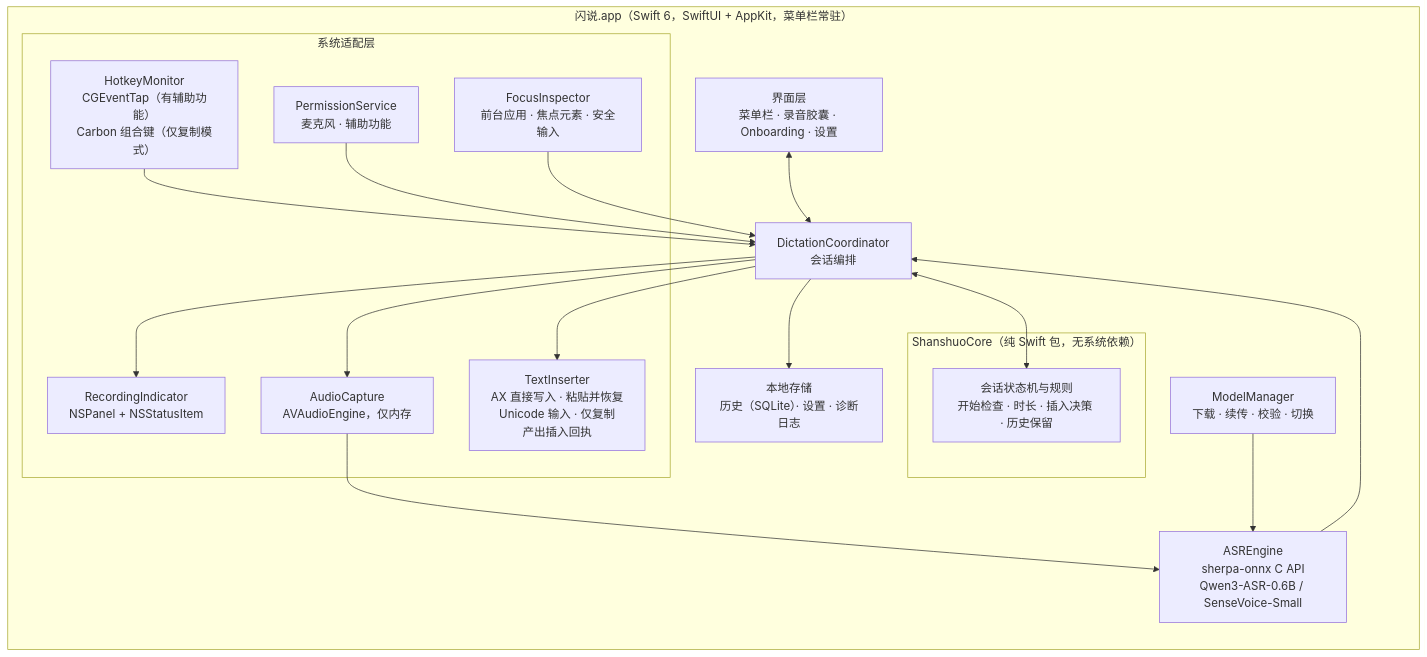
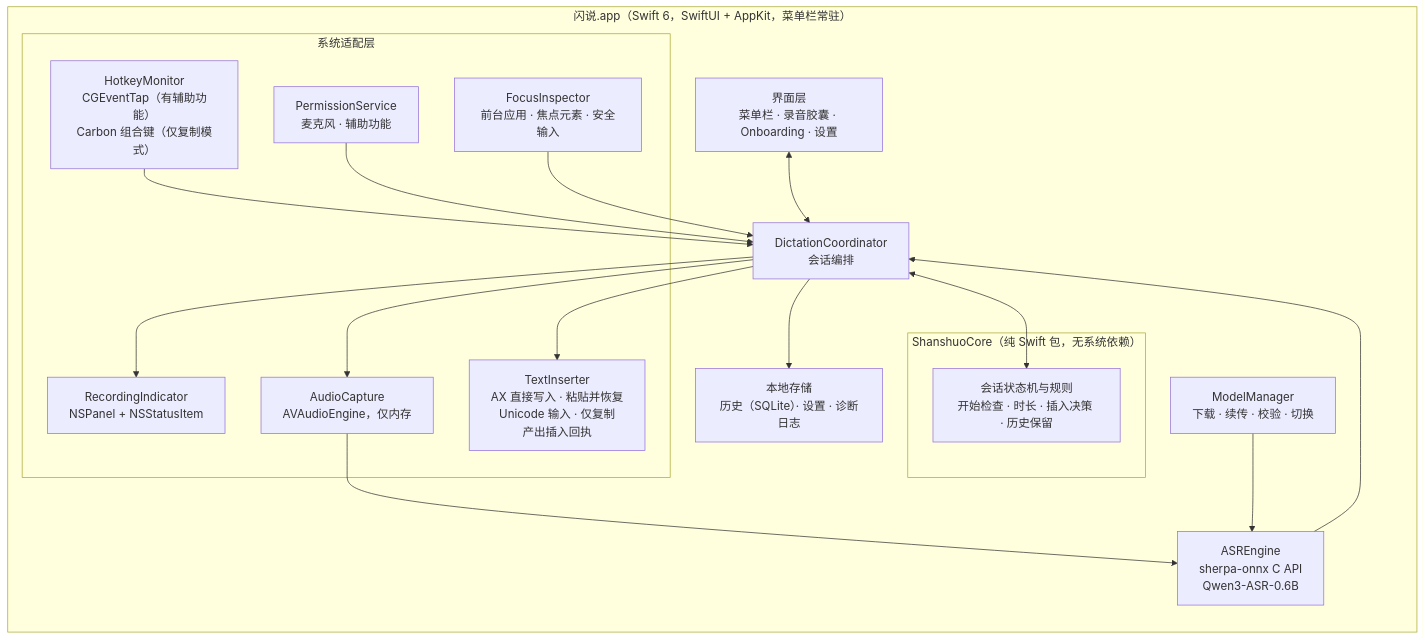
The first of 2 diagrams in .sdlc-v1/context/FEAT-001.engineering.md (arnow117/voice-dictation), drawn with Mermaid before and after one commit. The commit also changed other lines of this file and 34 other files, not shown here.

````diff
--- a/.sdlc-v1/context/FEAT-001.engineering.md
+++ b/.sdlc-v1/context/FEAT-001.engineering.md
@@ -35,33 +35,33 @@
 ```mermaid
 flowchart LR
     subgraph App["闪说.app（Swift 6，SwiftUI + AppKit，菜单栏常驻）"]
         UI["界面层<br/>菜单栏 · 录音胶囊 · Onboarding · 设置"]
         Coord["DictationCoordinator<br/>会话编排"]
         subgraph Core["ShanshuoCore（纯 Swift 包，无系统依赖）"]
             SM["会话状态机与规则<br/>开始检查 · 时长 · 插入决策 · 历史保留"]
         end
         subgraph Platform["系统适配层"]
             HK["HotkeyMonitor<br/>CGEventTap（有辅助功能）<br/>Carbon 组合键（仅复制模式）"]
             PERM["PermissionService<br/>麦克风 · 辅助功能"]
             FOCUS["FocusInspector<br/>前台应用 · 焦点元素 · 安全输入"]
             IND["RecordingIndicator<br/>NSPanel + NSStatusItem"]
             AUD["AudioCapture<br/>AVAudioEngine，仅内存"]
             INS["TextInserter<br/>AX 直接写入 · 粘贴并恢复<br/>Unicode 输入 · 仅复制<br/>产出插入回执"]
         end
-        ASR["ASREngine<br/>sherpa-onnx C API<br/>Qwen3-ASR-0.6B / SenseVoice-Small"]
+        ASR["ASREngine<br/>sherpa-onnx C API<br/>Qwen3-ASR-0.6B"]
         MM["ModelManager<br/>下载 · 续传 · 校验 · 切换"]
         STORE["本地存储<br/>历史（SQLite）· 设置 · 诊断日志"]
     end
     HK --> Coord
     PERM --> Coord
     FOCUS --> Coord
     Coord <--> SM
     Coord --> IND
     Coord --> AUD
     AUD --> ASR
     ASR --> Coord
     Coord --> INS
     Coord --> STORE
     MM --> ASR
     UI <--> Coord
 ```
````
